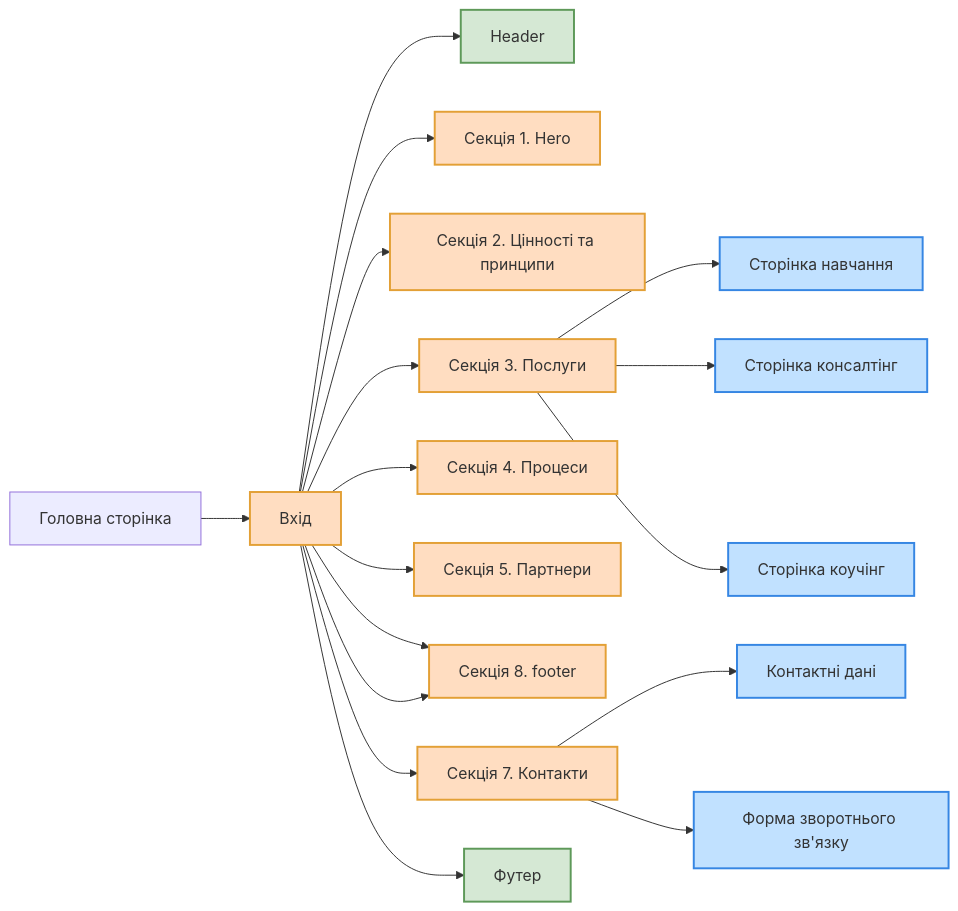
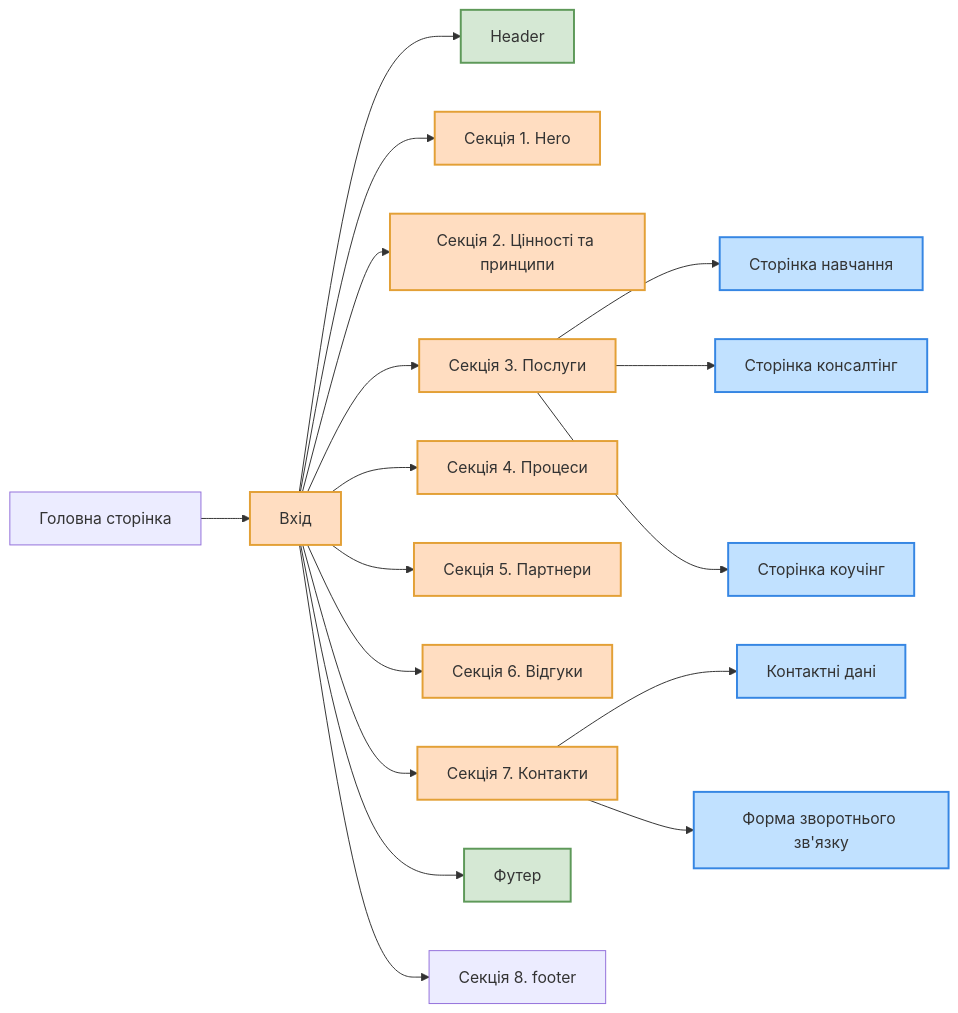
One commit to sergio-nezhigay/carptravel changed the diagram in README.md. Above: the diagram before and after it, drawn with Mermaid.

````diff
--- a/README.md
+++ b/README.md
@@ -57,46 +57,46 @@
 ```mermaid
 graph LR
 
   %% Хедер
   style B fill:#D5E8D4, stroke:#5E9959, stroke-width:2px;
 
   %% Секції
   style A fill:#FFDDC1, stroke:#E3A036, stroke-width:2px;
   style C fill:#FFDDC1, stroke:#E3A036, stroke-width:2px;
   style D fill:#FFDDC1, stroke:#E3A036, stroke-width:2px;
   style E fill:#FFDDC1, stroke:#E3A036, stroke-width:2px;
   style F fill:#FFDDC1, stroke:#E3A036, stroke-width:2px;
   style G fill:#FFDDC1, stroke:#E3A036, stroke-width:2px;
   style H fill:#FFDDC1, stroke:#E3A036, stroke-width:2px;
   style I fill:#FFDDC1, stroke:#E3A036, stroke-width:2px;
 
   %% Сторінки
   style N fill:#C1E1FF, stroke:#3686E3, stroke-width:2px;
   style O fill:#C1E1FF, stroke:#3686E3, stroke-width:2px;
   style P fill:#C1E1FF, stroke:#3686E3, stroke-width:2px;
   style R fill:#C1E1FF, stroke:#3686E3, stroke-width:2px;
   style S fill:#C1E1FF, stroke:#3686E3, stroke-width:2px;
 
   %% Футер
   style J fill:#D5E8D4, stroke:#5E9959, stroke-width:2px;
 
   Z[Головна сторінка] --> A[Вхід]
   A --> B[Header]
   A --> C[Секція 1. Hero]
   A --> D[Секція 2. Цінності та принципи]
   A --> E[Секція 3. Послуги]
   A --> F[Секція 4. Процеси]
   A --> G[Секція 5. Партнери]
   A --> H[Секція 6. Відгуки]
   A --> I[Секція 7. Контакти]
   A --> J[Футер]
-  A --> H[Секція 8. footer]
+  A --> W[Секція 8. footer]
   E --> N[Сторінка навчання]
   E --> O[Сторінка консалтінг]
   E --> P[Сторінка коучінг]
 
   I --> R[Контактні дані]
   I --> S[Форма зворотнього зв'язку]
 
 
 ```
````
